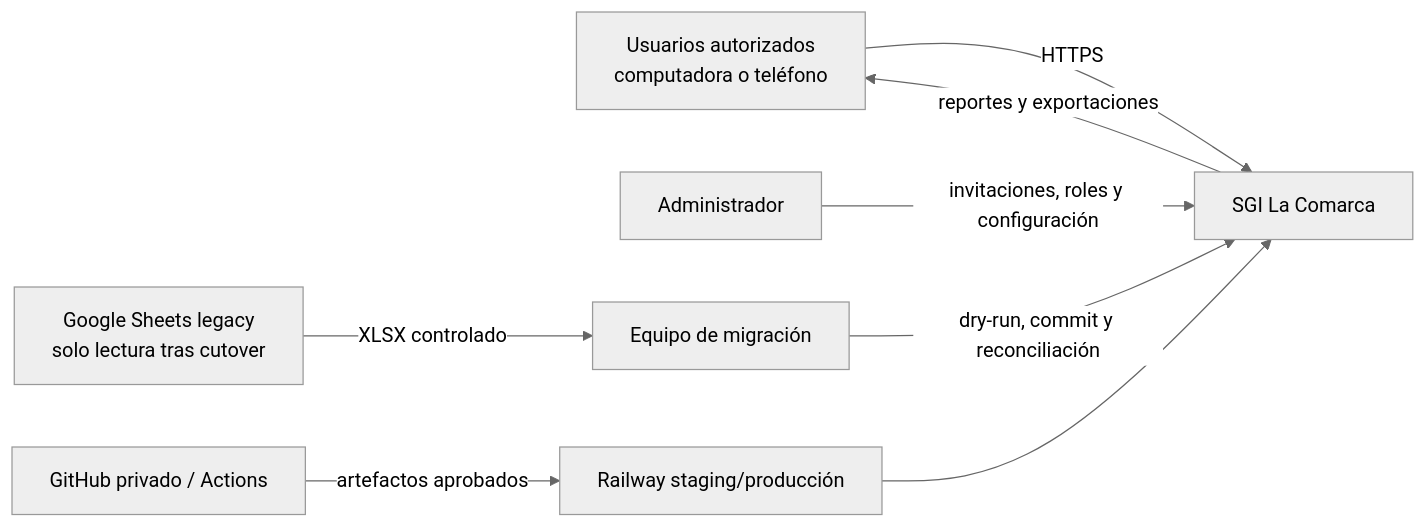
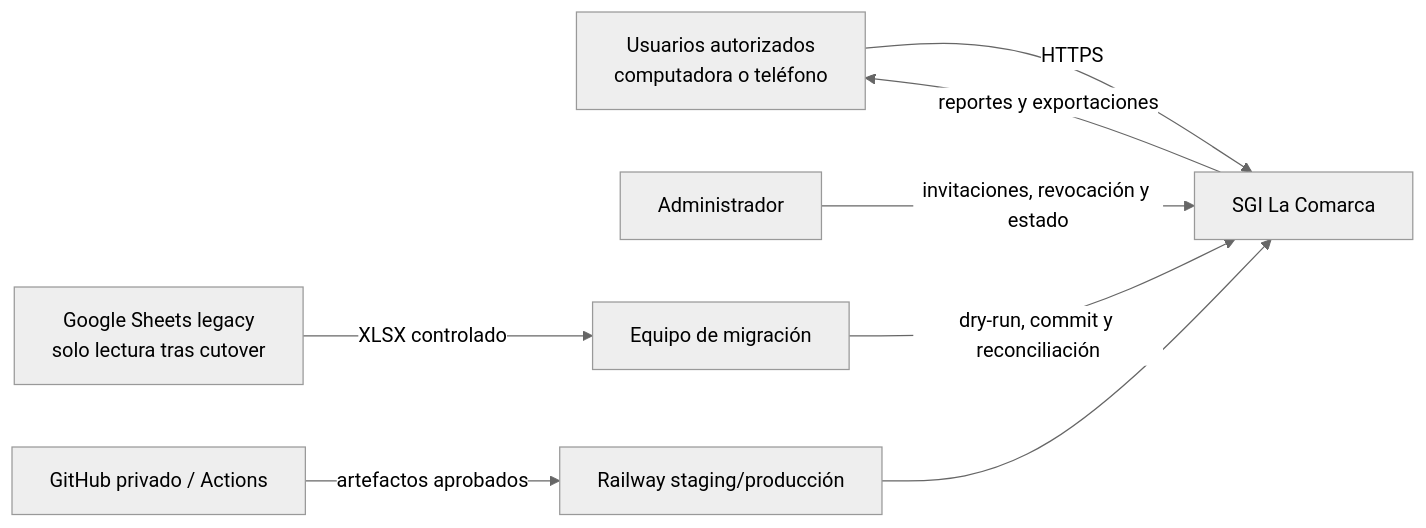
The diagram in docs/architecture/system-context.md (DylanRizo/sgi-comarca), drawn with Mermaid (neutral theme) before and after one commit. The commit also changed other lines of this file and 19 other files, not shown here.

````diff
--- a/docs/architecture/system-context.md
+++ b/docs/architecture/system-context.md
@@ -28,10 +28,10 @@
 ```mermaid
 flowchart LR
     U["Usuarios autorizados<br/>computadora o teléfono"] -->|"HTTPS"| SGI["SGI La Comarca"]
-    A["Administrador"] -->|"invitaciones, roles y configuración"| SGI
+    A["Administrador"] -->|"invitaciones, revocación y estado"| SGI
     M["Equipo de migración"] -->|"dry-run, commit y reconciliación"| SGI
     LEG["Google Sheets legacy<br/>solo lectura tras cutover"] -->|"XLSX controlado"| M
     GH["GitHub privado / Actions"] -->|"artefactos aprobados"| R["Railway staging/producción"]
     R --> SGI
     SGI -->|"reportes y exportaciones"| U
 ```
````
